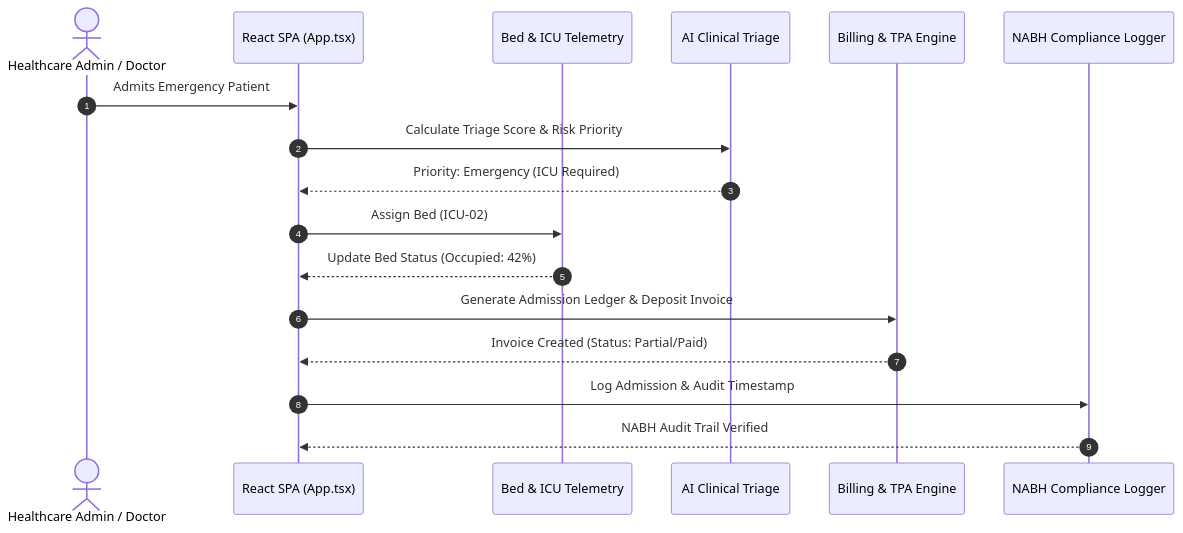
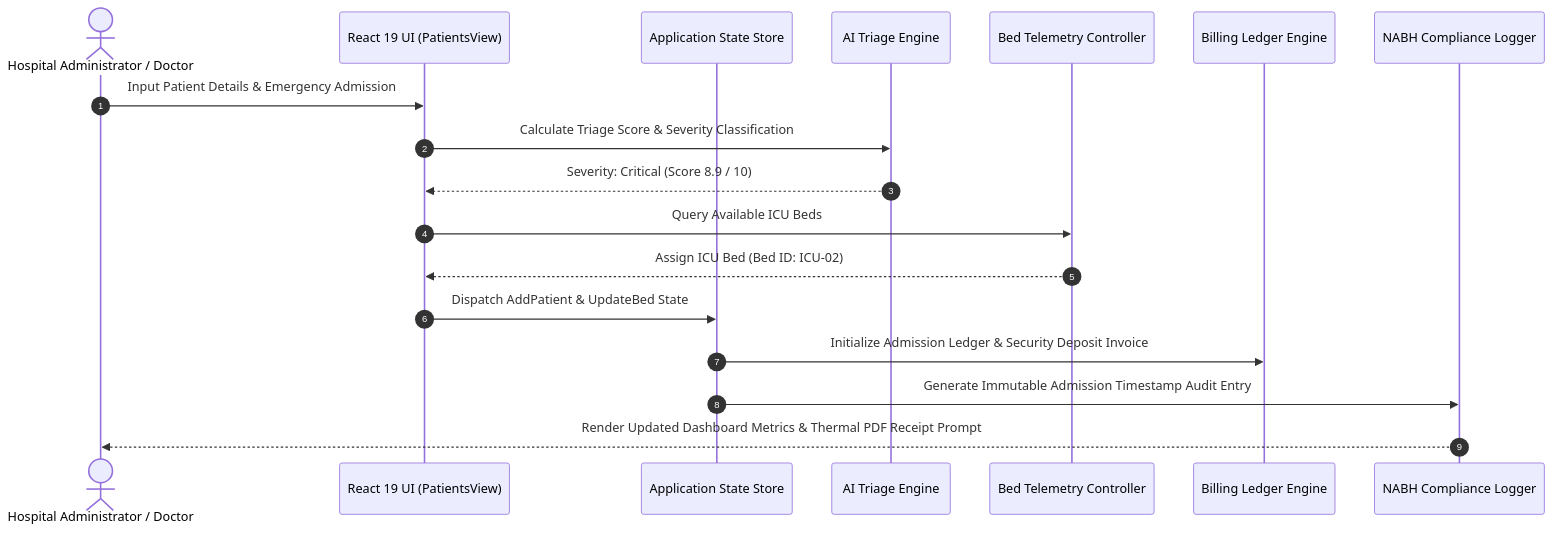
The second of 3 diagrams in README.md (PratapDabhade16/intern-), drawn with Mermaid before and after one commit. The commit also changed other lines of this file, not shown here.

Commit message:
docs: upgrade README.md to enterprise documentation standards with system architecture diagrams

````diff
--- a/README.md
+++ b/README.md
@@ -76,20 +108,21 @@
 ```mermaid
 sequenceDiagram
     autonumber
-    actor Staff as Healthcare Admin / Doctor
-    participant App as React SPA (App.tsx)
-    participant BedEngine as Bed & ICU Telemetry
-    participant Triage as AI Clinical Triage
-    participant Billing as Billing & TPA Engine
+    actor Admin as Hospital Administrator / Doctor
+    participant UI as React 19 UI (PatientsView)
+    participant State as Application State Store
+    participant Triage as AI Triage Engine
+    participant BedEngine as Bed Telemetry Controller
+    participant Fin as Billing Ledger Engine
     participant Audit as NABH Compliance Logger
 
-    Staff->>App: Admits Emergency Patient
-    App->>Triage: Calculate Triage Score & Risk Priority
-    Triage-->>App: Priority: Emergency (ICU Required)
-    App->>BedEngine: Assign Bed (ICU-02)
-    BedEngine-->>App: Update Bed Status (Occupied: 42%)
-    App->>Billing: Generate Admission Ledger & Deposit Invoice
-    Billing-->>App: Invoice Created (Status: Partial/Paid)
-    App->>Audit: Log Admission & Audit Timestamp
-    Audit-->>App: NABH Audit Trail Verified
+    Admin->>UI: Input Patient Details & Emergency Admission
+    UI->>Triage: Calculate Triage Score & Severity Classification
+    Triage-->>UI: Severity: Critical (Score 8.9 / 10)
+    UI->>BedEngine: Query Available ICU Beds
+    BedEngine-->>UI: Assign ICU Bed (Bed ID: ICU-02)
+    UI->>State: Dispatch AddPatient & UpdateBed State
+    State->>Fin: Initialize Admission Ledger & Security Deposit Invoice
+    State->>Audit: Generate Immutable Admission Timestamp Audit Entry
+    Audit-->>Admin: Render Updated Dashboard Metrics & Thermal PDF Receipt Prompt
 ```
````
